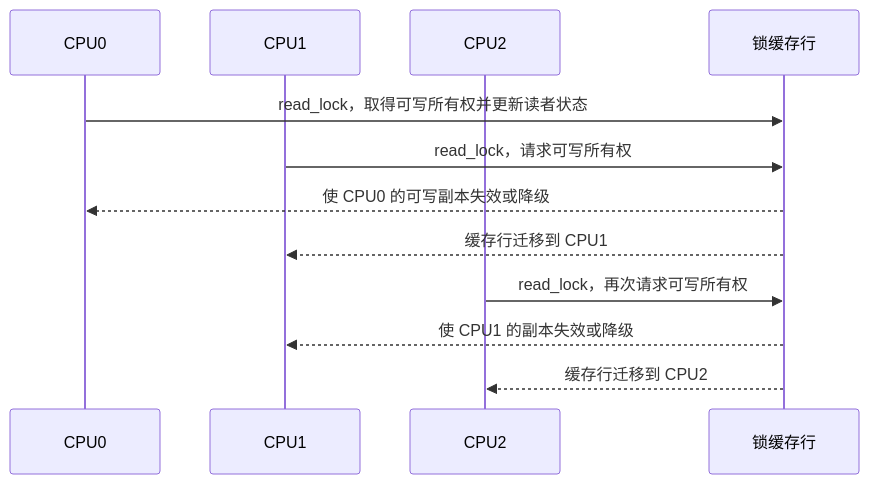
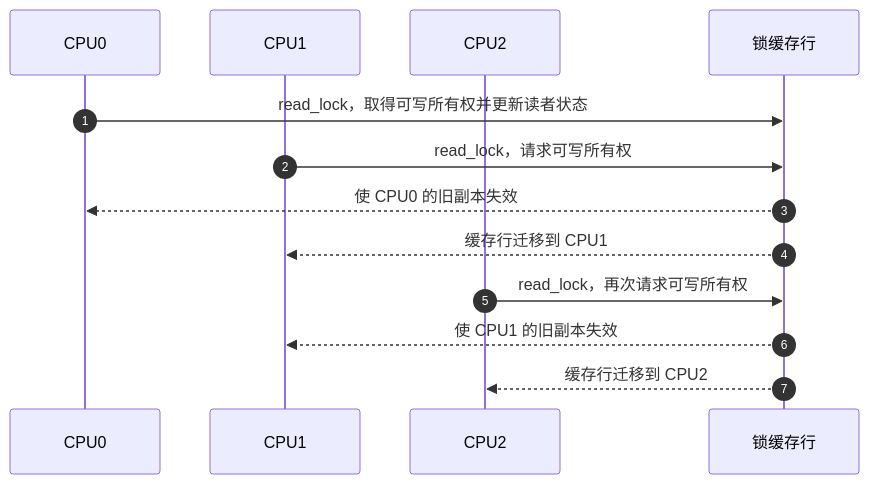
Before and after one commit to FormingSystem/linux_note: the second of 10 diagrams in knowledge/linux/synchronization_and_asynchrony/synchronization/rcu/P01_为什么需要_RCU.md, drawn with Mermaid. The commit also changed other lines of this file and 6 other files, not shown here.

````diff
--- a/knowledge/linux/synchronization_and_asynchrony/synchronization/rcu/P01_为什么需要_RCU.md
+++ b/knowledge/linux/synchronization_and_asynchrony/synchronization/rcu/P01_为什么需要_RCU.md
@@ -113,15 +115,16 @@
 ```mermaid
 sequenceDiagram
+    autonumber
     participant C0 as CPU0
     participant C1 as CPU1
     participant C2 as CPU2
     participant L as 锁缓存行
 
     C0->>L: read_lock，取得可写所有权并更新读者状态
     C1->>L: read_lock，请求可写所有权
-    L-->>C0: 使 CPU0 的可写副本失效或降级
+    L-->>C0: 使 CPU0 的旧副本失效
     L-->>C1: 缓存行迁移到 CPU1
     C2->>L: read_lock，再次请求可写所有权
-    L-->>C1: 使 CPU1 的副本失效或降级
+    L-->>C1: 使 CPU1 的旧副本失效
     L-->>C2: 缓存行迁移到 CPU2
 ```
````
